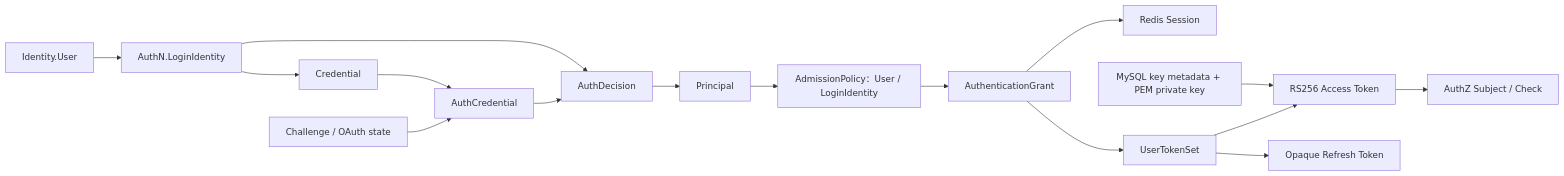
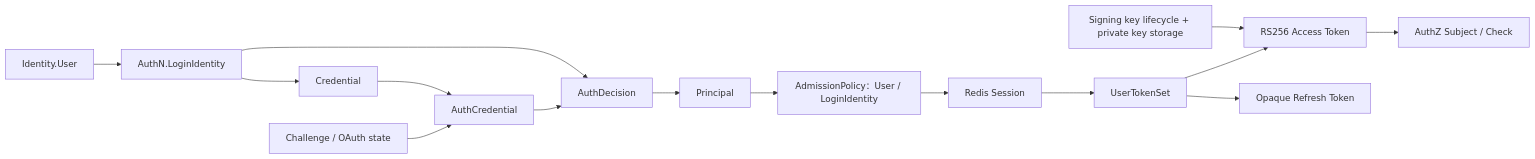
The first of 2 diagrams in docs/02-业务模块/02-AuthN/00-模块总览.md (FangcunMount/iam-contracts), drawn with Mermaid before and after one commit. The commit also changed other lines of this file and 51 other files, not shown here.

````diff
--- a/docs/02-业务模块/02-AuthN/00-模块总览.md
+++ b/docs/02-业务模块/02-AuthN/00-模块总览.md
@@ -40,18 +40,17 @@
 ```mermaid
 flowchart LR
     User["Identity.User"] --> LI["AuthN.LoginIdentity"]
     LI --> Credential["Credential"]
     Challenge["Challenge / OAuth state"] --> Proof["AuthCredential"]
     Credential --> Proof
     Proof --> Decision["AuthDecision"]
     LI --> Decision
     Decision --> Principal["Principal"]
     Principal --> Admission["AdmissionPolicy：User / LoginIdentity"]
-    Admission --> Grant["AuthenticationGrant"]
-    Grant --> Session["Redis Session"]
-    Grant --> TokenSet["UserTokenSet"]
+    Admission --> Session["Redis Session"]
+    Session --> TokenSet["UserTokenSet"]
     TokenSet --> Access["RS256 Access Token"]
     TokenSet --> Refresh["Opaque Refresh Token"]
-    JWKS["MySQL key metadata + PEM private key"] --> Access
+    SigningKeys["Signing key lifecycle + private key storage"] --> Access
     Access --> AuthZ["AuthZ Subject / Check"]
 ```
````
